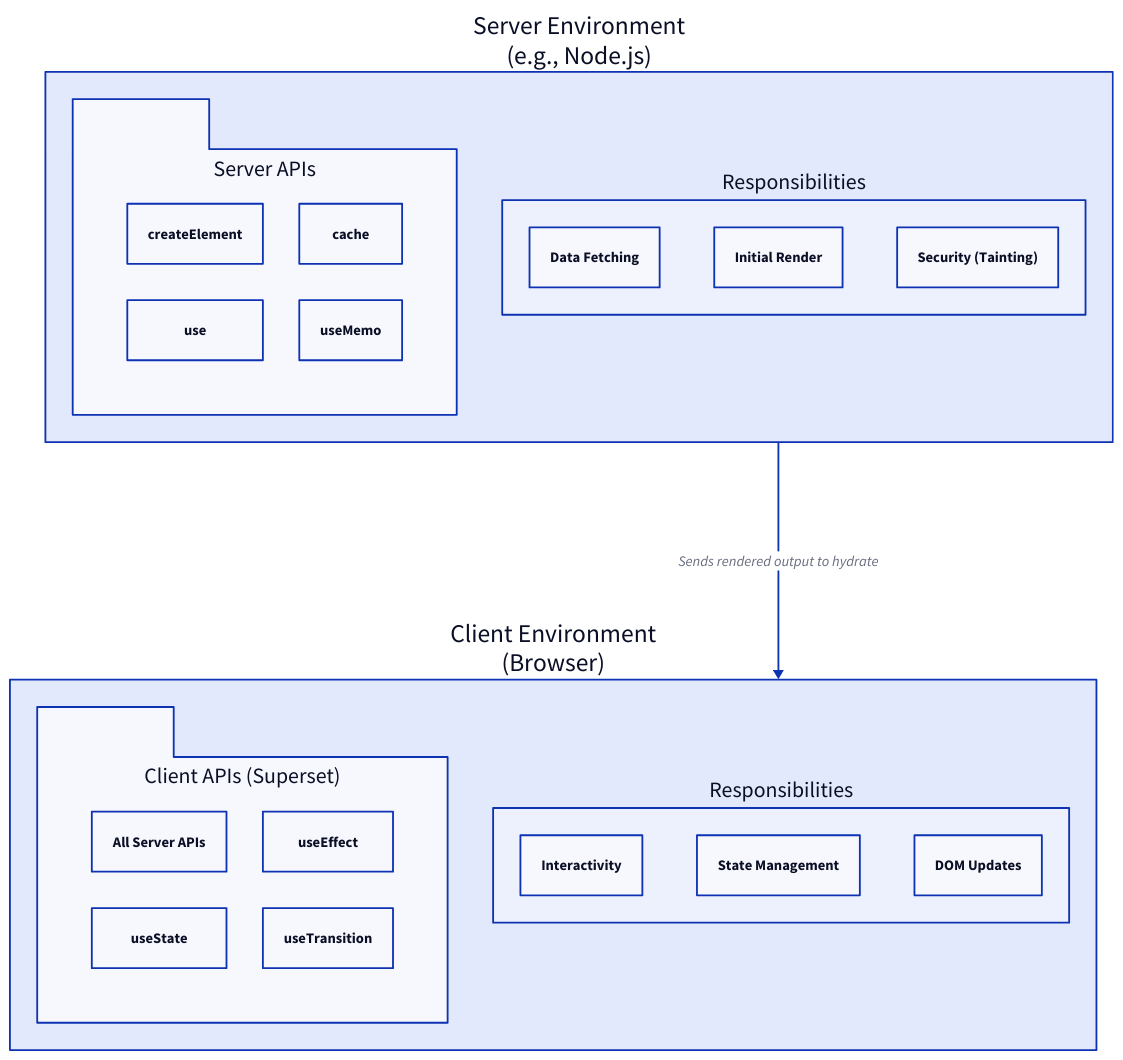
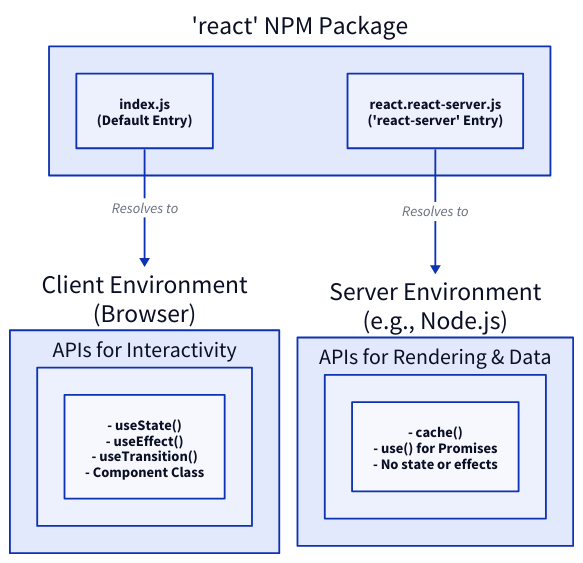
Before and after one commit to lban2049/react: the diagram in packages/react/.aigne/doc-smith/docs/advanced-server-vs-client.md, drawn with D2. The commit also changed other lines of this file and 46 other files, not shown here.

````diff
--- a/packages/react/.aigne/doc-smith/docs/advanced-server-vs-client.md
+++ b/packages/react/.aigne/doc-smith/docs/advanced-server-vs-client.md
@@ -7,50 +31,37 @@
 ```d2
 direction: down
 
-Server-Environment: {
-  label: "Server Environment\n(e.g., Node.js)"
+react-package: {
+  label: "'react' NPM Package"
   shape: rectangle
 
-  APIs: {
-    shape: package
-    label: "Server APIs"
-    grid-columns: 2
-
-    createElement: "createElement"
-    use: "use"
-    cache: "cache"
-    useMemo: "useMemo"
+  client-entry: {
+    label: "index.js\n(Default Entry)"
   }
 
-  Responsibilities: {
-    label: "Responsibilities"
-    Data-Fetching: "Data Fetching"
-    Initial-Render: "Initial Render"
-    Security: "Security (Tainting)"
+  server-entry: {
+    label: "react.react-server.js\n('react-server' Entry)"
   }
 }
 
-Client-Environment: {
+client-env: {
   label: "Client Environment\n(Browser)"
   shape: rectangle
-
   APIs: {
-    shape: package
-    label: "Client APIs (Superset)"
-    grid-columns: 2
-
-    All-Server-APIs: "All Server APIs"
-    useState: "useState"
-    useEffect: "useEffect"
-    useTransition: "useTransition"
-  }
-   Responsibilities: {
-    label: "Responsibilities"
-    Interactivity: "Interactivity"
-    State-Management: "State Management"
-    DOM-Updates: "DOM Updates"
+    label: "APIs for Interactivity"
+    "- useState()\n- useEffect()\n- useTransition()\n- Component Class"
   }
 }
 
-Server-Environment -> Client-Environment: "Sends rendered output to hydrate"
+server-env: {
+  label: "Server Environment\n(e.g., Node.js)"
+  shape: rectangle
+  APIs: {
+    label: "APIs for Rendering & Data"
+    "- cache()\n- use() for Promises\n- No state or effects"
+  }
+}
+
+react-package.client-entry -> client-env: "Resolves to"
+react-package.server-entry -> server-env: "Resolves to"
 ```
````
